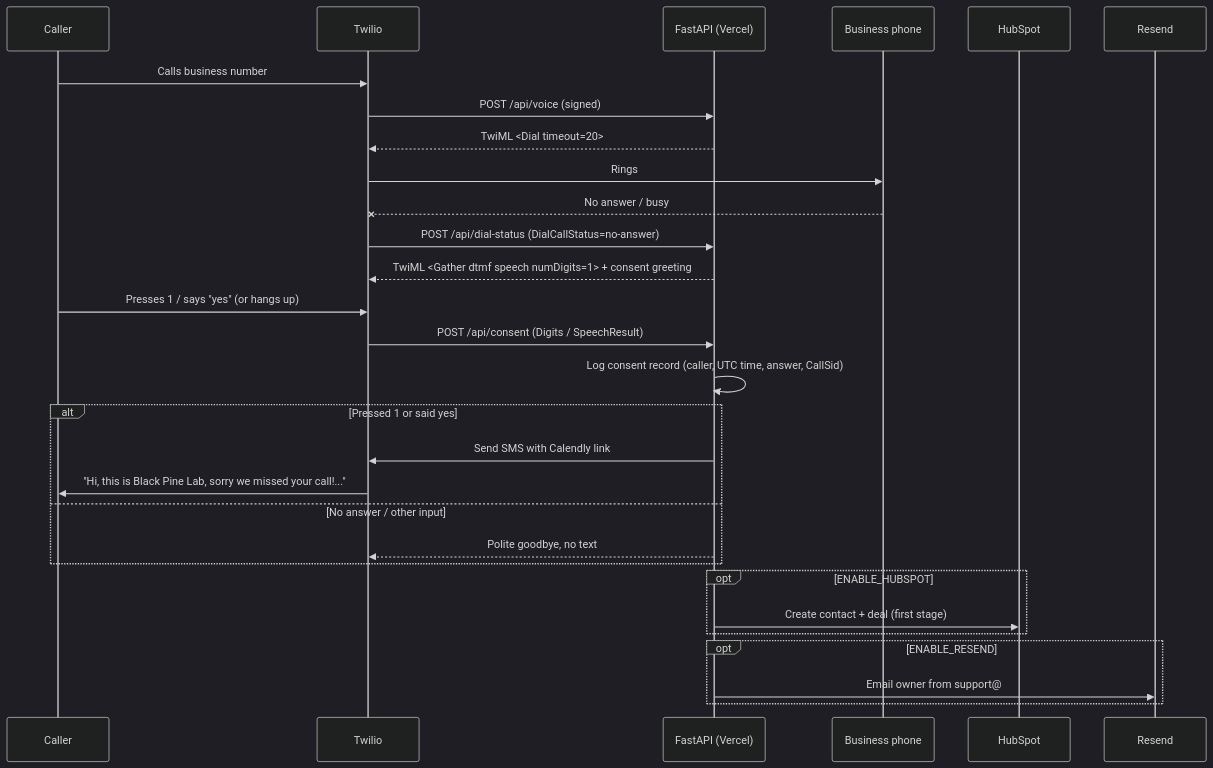
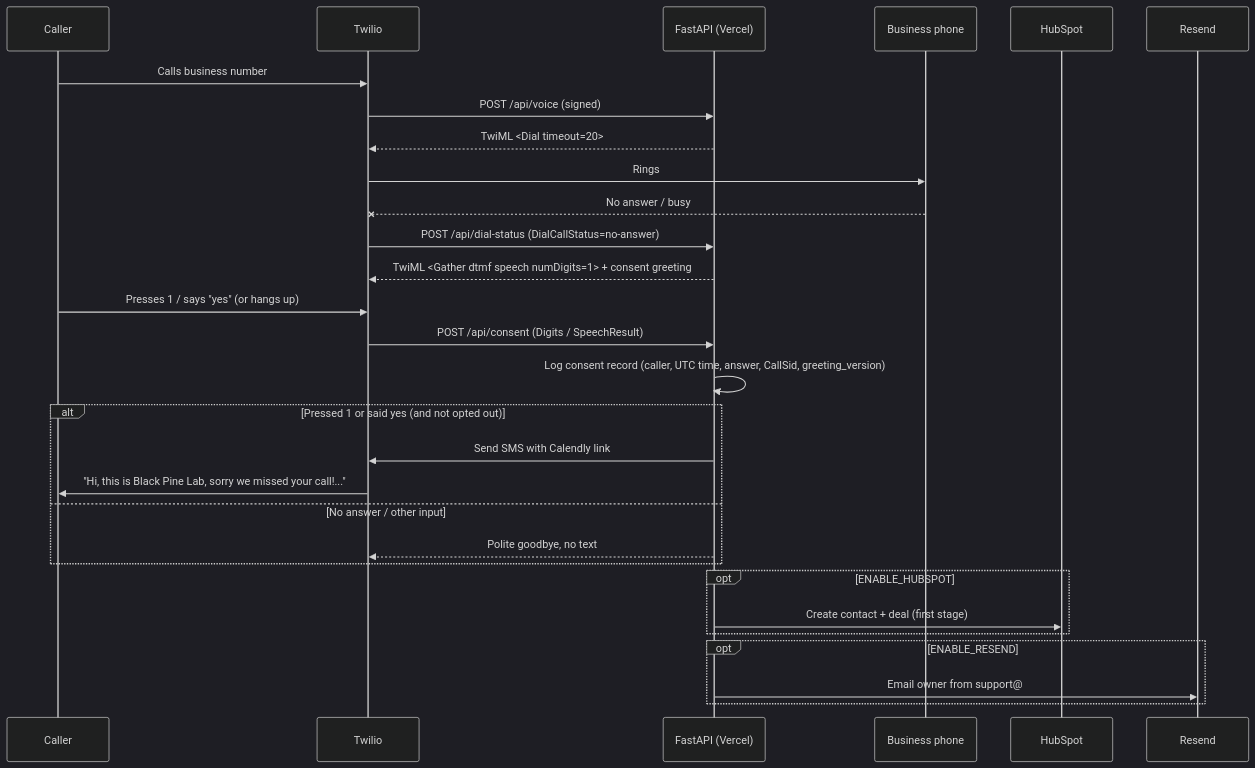
The diagram in README.md (silasblackpine/missed-call-agent-demo), drawn with Mermaid (dark theme) before and after one commit. The commit also changed other lines of this file, not shown here.

Commit message:
Document final scripts, /api/sms keywords, opt-out block and greeting_version (#3)

````diff
--- a/README.md
+++ b/README.md
@@ -9,31 +9,31 @@
 ```mermaid
 sequenceDiagram
     participant Caller
     participant Twilio
     participant App as FastAPI (Vercel)
     participant Phone as Business phone
     participant HubSpot
     participant Resend
     Caller->>Twilio: Calls business number
     Twilio->>App: POST /api/voice (signed)
     App-->>Twilio: TwiML <Dial timeout=20>
     Twilio->>Phone: Rings
     Phone--xTwilio: No answer / busy
     Twilio->>App: POST /api/dial-status (DialCallStatus=no-answer)
     App-->>Twilio: TwiML <Gather dtmf speech numDigits=1> + consent greeting
     Caller->>Twilio: Presses 1 / says "yes" (or hangs up)
     Twilio->>App: POST /api/consent (Digits / SpeechResult)
-    App->>App: Log consent record (caller, UTC time, answer, CallSid)
-    alt Pressed 1 or said yes
+    App->>App: Log consent record (caller, UTC time, answer, CallSid, greeting_version)
+    alt Pressed 1 or said yes (and not opted out)
         App->>Twilio: Send SMS with Calendly link
         Twilio->>Caller: "Hi, this is Black Pine Lab, sorry we missed your call!..."
     else No answer / other input
         App-->>Twilio: Polite goodbye, no text
     end
     opt ENABLE_HUBSPOT
         App->>HubSpot: Create contact + deal (first stage)
     end
     opt ENABLE_RESEND
         App->>Resend: Email owner from support@
     end
 ```
````
